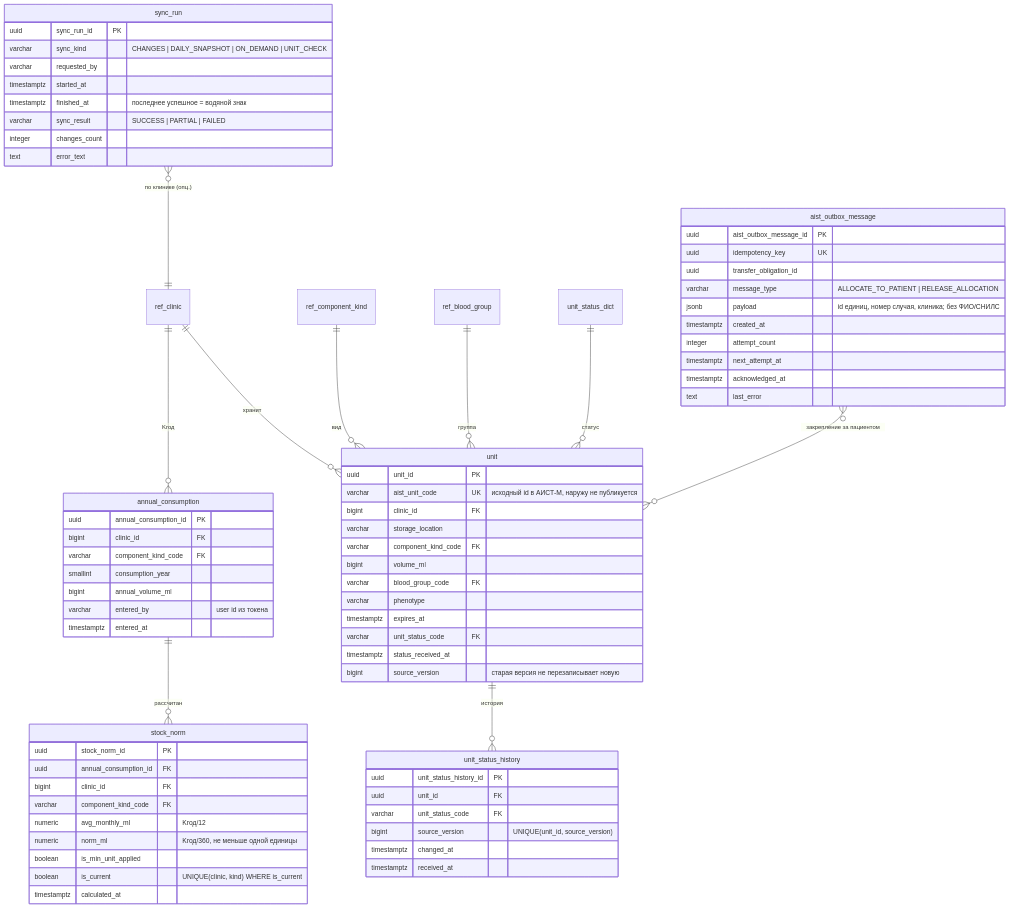
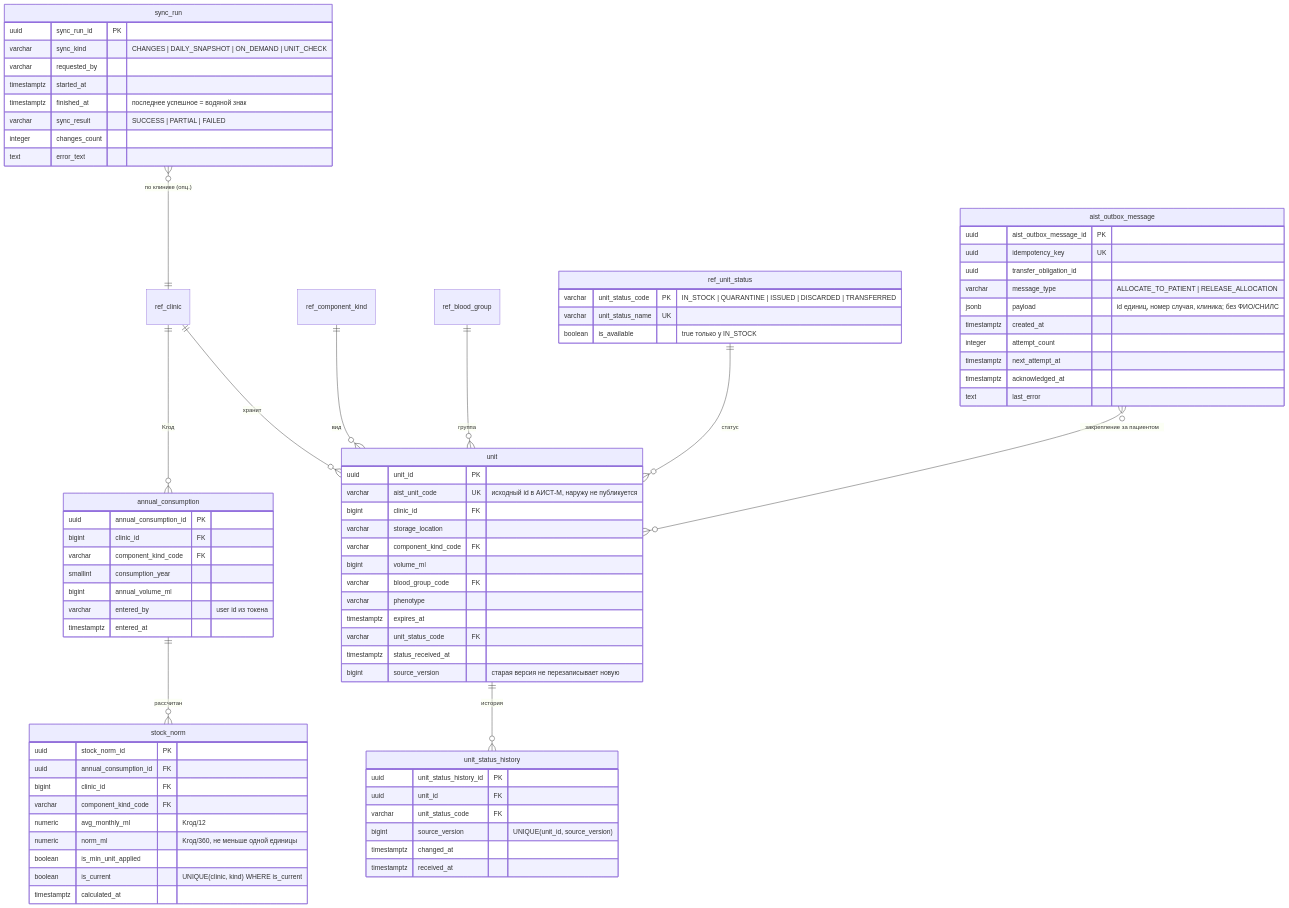
The first of 2 diagrams in docs/architecture/data-model.md (AlchemistBro/blood-supply-pet), drawn with Mermaid before and after one commit. The commit also changed other lines of this file and 6 other files, not shown here.

````diff
--- a/docs/architecture/data-model.md
+++ b/docs/architecture/data-model.md
@@ -18,77 +18,82 @@
 ```mermaid
 erDiagram
     ref_clinic ||--o{ unit : хранит
     unit ||--o{ unit_status_history : история
     ref_component_kind ||--o{ unit : вид
     ref_blood_group ||--o{ unit : группа
-    unit_status_dict ||--o{ unit : статус
+    ref_unit_status ||--o{ unit : статус
     ref_clinic ||--o{ annual_consumption : "Kгод"
     annual_consumption ||--o{ stock_norm : рассчитан
     sync_run }o--|| ref_clinic : "по клинике (опц.)"
     aist_outbox_message }o--o{ unit : "закрепление за пациентом"
 
     unit {
         uuid unit_id PK
         varchar aist_unit_code UK "исходный id в АИСТ-М, наружу не публикуется"
         bigint clinic_id FK
         varchar storage_location
         varchar component_kind_code FK
         bigint volume_ml
         varchar blood_group_code FK
         varchar phenotype
         timestamptz expires_at
         varchar unit_status_code FK
         timestamptz status_received_at
         bigint source_version "старая версия не перезаписывает новую"
+    }
+    ref_unit_status {
+        varchar unit_status_code PK "IN_STOCK | QUARANTINE | ISSUED | DISCARDED | TRANSFERRED"
+        varchar unit_status_name UK
+        boolean is_available "true только у IN_STOCK"
     }
     unit_status_history {
         uuid unit_status_history_id PK
         uuid unit_id FK
         varchar unit_status_code FK
         bigint source_version "UNIQUE(unit_id, source_version)"
         timestamptz changed_at
         timestamptz received_at
     }
     annual_consumption {
         uuid annual_consumption_id PK
         bigint clinic_id FK
         varchar component_kind_code FK
         smallint consumption_year
         bigint annual_volume_ml
         varchar entered_by "user id из токена"
         timestamptz entered_at
     }
     stock_norm {
         uuid stock_norm_id PK
         uuid annual_consumption_id FK
         bigint clinic_id FK
         varchar component_kind_code FK
         numeric avg_monthly_ml "Kгод/12"
         numeric norm_ml "Kгод/360, не меньше одной единицы"
         boolean is_min_unit_applied
         boolean is_current "UNIQUE(clinic, kind) WHERE is_current"
         timestamptz calculated_at
     }
     sync_run {
         uuid sync_run_id PK
         varchar sync_kind "CHANGES | DAILY_SNAPSHOT | ON_DEMAND | UNIT_CHECK"
         varchar requested_by
         timestamptz started_at
         timestamptz finished_at "последнее успешное = водяной знак"
         varchar sync_result "SUCCESS | PARTIAL | FAILED"
         integer changes_count
         text error_text
     }
     aist_outbox_message {
         uuid aist_outbox_message_id PK
         uuid idempotency_key UK
         uuid transfer_obligation_id
         varchar message_type "ALLOCATE_TO_PATIENT | RELEASE_ALLOCATION"
         jsonb payload "id единиц, номер случая, клиника; без ФИО/СНИЛС"
         timestamptz created_at
         integer attempt_count
         timestamptz next_attempt_at
         timestamptz acknowledged_at
         text last_error
     }
 ```
````
